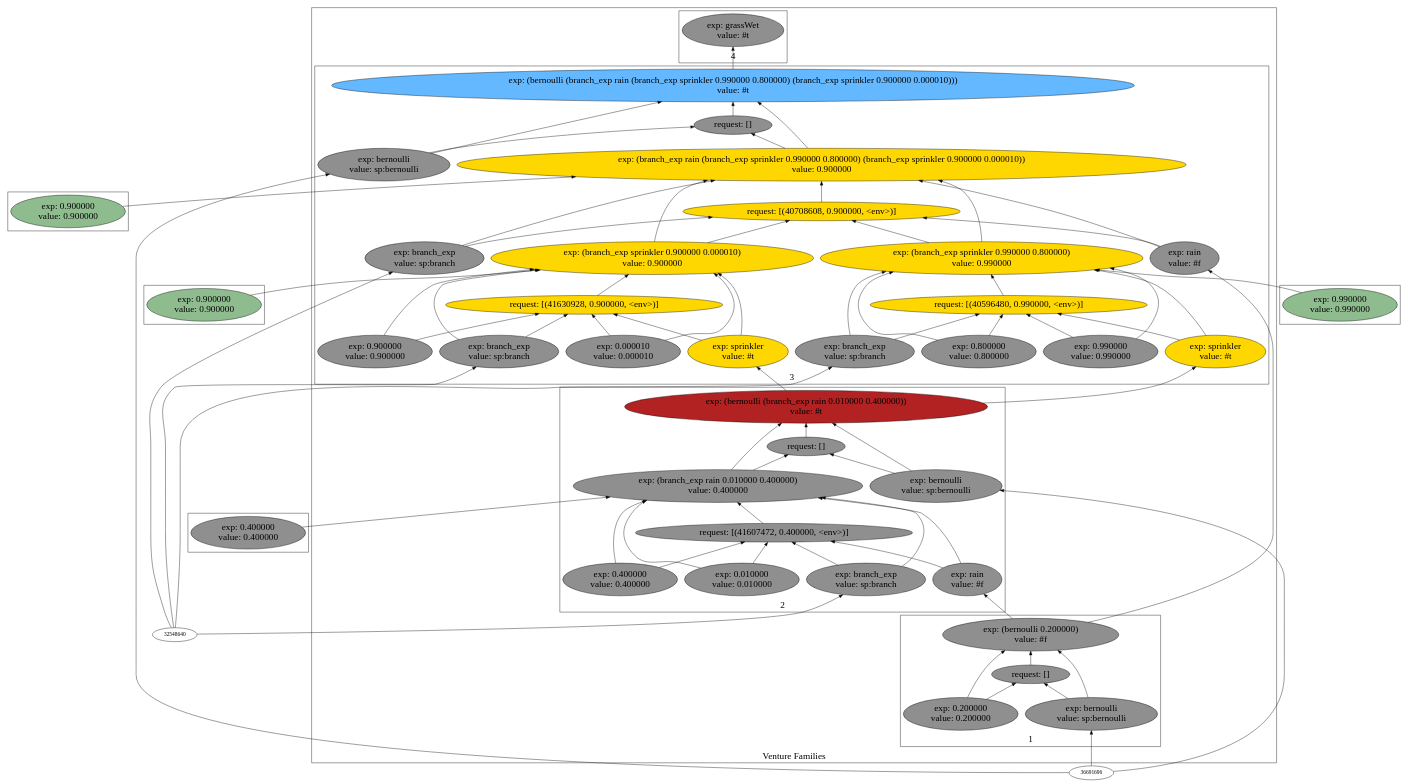
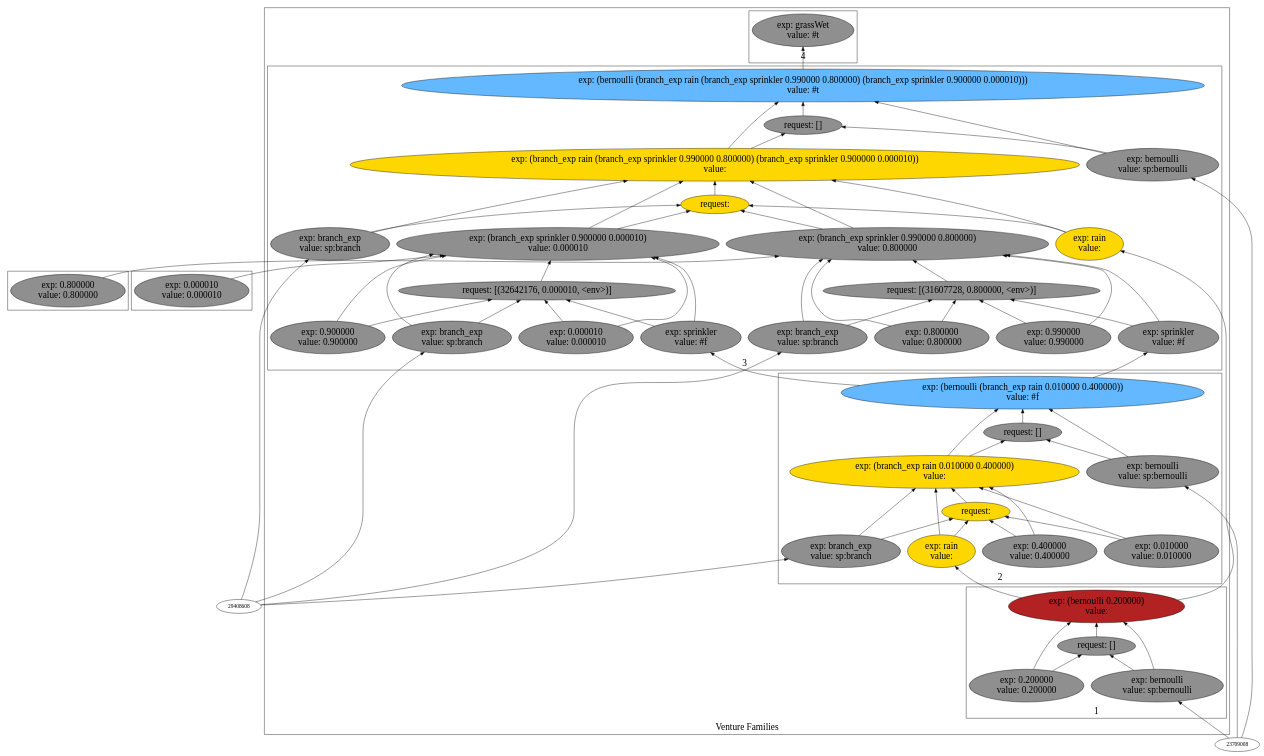
Before and after one commit to probcomp/Venturecxx: the diagram in backend/cxx/graphs/sprinkler/dot2.dot, drawn with Graphviz. The commit also changed 7 other files, not shown here.

```diff
--- a/backend/cxx/graphs/sprinkler/dot2.dot
+++ b/backend/cxx/graphs/sprinkler/dot2.dot
@@ -5,141 +5,129 @@
 label="Venture Families"
 subgraph cluster2 {
 label="1"
-"40713584"["fillcolor"="grey56" "fontsize"="24" "label"="exp: (bernoulli 0.200000)\nvalue: #f" "shape"="ellipse" "style"="filled" ]
-"42705792"["fillcolor"="grey56" "fontsize"="24" "label"="request: []" "shape"="ellipse" "style"="filled" ]
-"41432720"["fillcolor"="grey56" "fontsize"="24" "label"="exp: bernoulli\nvalue: sp:bernoulli" "shape"="ellipse" "style"="filled" ]
-"41569728"["fillcolor"="grey56" "fontsize"="24" "label"="exp: 0.200000\nvalue: 0.200000" "shape"="ellipse" "style"="filled" ]
+"31724832"["fillcolor"="firebrick" "fontsize"="24" "label"="exp: (bernoulli 0.200000)\nvalue: " "shape"="ellipse" "style"="filled" ]
+"33717328"["fillcolor"="grey56" "fontsize"="24" "label"="request: []" "shape"="ellipse" "style"="filled" ]
+"32580976"["fillcolor"="grey56" "fontsize"="24" "label"="exp: bernoulli\nvalue: sp:bernoulli" "shape"="ellipse" "style"="filled" ]
+"32618720"["fillcolor"="grey56" "fontsize"="24" "label"="exp: 0.200000\nvalue: 0.200000" "shape"="ellipse" "style"="filled" ]
 }
 
 subgraph cluster3 {
 label="2"
-"42282848"["fillcolor"="firebrick" "fontsize"="24" "label"="exp: (bernoulli (branch_exp rain 0.010000 0.400000))\nvalue: #t" "shape"="ellipse" "style"="filled" ]
-"41924112"["fillcolor"="grey56" "fontsize"="24" "label"="request: []" "shape"="ellipse" "style"="filled" ]
-"42344368"["fillcolor"="grey56" "fontsize"="24" "label"="exp: bernoulli\nvalue: sp:bernoulli" "shape"="ellipse" "style"="filled" ]
-"40595280"["fillcolor"="grey56" "fontsize"="24" "label"="exp: (branch_exp rain 0.010000 0.400000)\nvalue: 0.400000" "shape"="ellipse" "style"="filled" ]
-"41607472"["fillcolor"="grey56" "fontsize"="24" "label"="request: [(41607472, 0.400000, <env>)]" "shape"="ellipse" "style"="filled" ]
-"40889568"["fillcolor"="grey56" "fontsize"="24" "label"="exp: branch_exp\nvalue: sp:branch" "shape"="ellipse" "style"="filled" ]
-"41057568"["fillcolor"="grey56" "fontsize"="24" "label"="exp: rain\nvalue: #f" "shape"="ellipse" "style"="filled" ]
-"41021744"["fillcolor"="grey56" "fontsize"="24" "label"="exp: 0.010000\nvalue: 0.010000" "shape"="ellipse" "style"="filled" ]
-"40790752"["fillcolor"="grey56" "fontsize"="24" "label"="exp: 0.400000\nvalue: 0.400000" "shape"="ellipse" "style"="filled" ]
+"33294384"["fillcolor"="steelblue1" "fontsize"="24" "label"="exp: (bernoulli (branch_exp rain 0.010000 0.400000))\nvalue: #f" "shape"="ellipse" "style"="filled" ]
+"33069568"["fillcolor"="grey56" "fontsize"="24" "label"="request: []" "shape"="ellipse" "style"="filled" ]
+"33355904"["fillcolor"="grey56" "fontsize"="24" "label"="exp: bernoulli\nvalue: sp:bernoulli" "shape"="ellipse" "style"="filled" ]
+"31606528"["fillcolor"="gold" "fontsize"="24" "label"="exp: (branch_exp rain 0.010000 0.400000)\nvalue: " "shape"="ellipse" "style"="filled" ]
+"33034624"["fillcolor"="gold" "fontsize"="24" "label"="request: " "shape"="ellipse" "style"="filled" ]
+"31900816"["fillcolor"="grey56" "fontsize"="24" "label"="exp: branch_exp\nvalue: sp:branch" "shape"="ellipse" "style"="filled" ]
+"32068816"["fillcolor"="gold" "fontsize"="24" "label"="exp: rain\nvalue: " "shape"="ellipse" "style"="filled" ]
+"32032992"["fillcolor"="grey56" "fontsize"="24" "label"="exp: 0.010000\nvalue: 0.010000" "shape"="ellipse" "style"="filled" ]
+"31801984"["fillcolor"="grey56" "fontsize"="24" "label"="exp: 0.400000\nvalue: 0.400000" "shape"="ellipse" "style"="filled" ]
 }
 
 subgraph cluster4 {
 label="3"
-"40624480"["fillcolor"="steelblue1" "fontsize"="24" "label"="exp: (bernoulli (branch_exp rain (branch_exp sprinkler 0.990000 0.800000) (branch_exp sprinkler 0.900000 0.000010)))\nvalue: #t" "shape"="ellipse" "style"="filled" ]
-"34316752"["fillcolor"="grey56" "fontsize"="24" "label"="request: []" "shape"="ellipse" "style"="filled" ]
-"40825264"["fillcolor"="grey56" "fontsize"="24" "label"="exp: bernoulli\nvalue: sp:bernoulli" "shape"="ellipse" "style"="filled" ]
-"43036928"["fillcolor"="gold" "fontsize"="24" "label"="exp: (branch_exp rain (branch_exp sprinkler 0.990000 0.800000) (branch_exp sprinkler 0.900000 0.000010))\nvalue: 0.900000" "shape"="ellipse" "style"="filled" ]
-"40708608"["fillcolor"="gold" "fontsize"="24" "label"="request: [(40708608, 0.900000, <env>)]" "shape"="ellipse" "style"="filled" ]
-"40872128"["fillcolor"="grey56" "fontsize"="24" "label"="exp: branch_exp\nvalue: sp:branch" "shape"="ellipse" "style"="filled" ]
-"41062672"["fillcolor"="grey56" "fontsize"="24" "label"="exp: rain\nvalue: #f" "shape"="ellipse" "style"="filled" ]
-"41382256"["fillcolor"="gold" "fontsize"="24" "label"="exp: (branch_exp sprinkler 0.990000 0.800000)\nvalue: 0.990000" "shape"="ellipse" "style"="filled" ]
-"40596480"["fillcolor"="gold" "fontsize"="24" "label"="request: [(40596480, 0.990000, <env>)]" "shape"="ellipse" "style"="filled" ]
-"41418432"["fillcolor"="grey56" "fontsize"="24" "label"="exp: branch_exp\nvalue: sp:branch" "shape"="ellipse" "style"="filled" ]
-"41469632"["fillcolor"="gold" "fontsize"="24" "label"="exp: sprinkler\nvalue: #t" "shape"="ellipse" "style"="filled" ]
-"41505808"["fillcolor"="grey56" "fontsize"="24" "label"="exp: 0.990000\nvalue: 0.990000" "shape"="ellipse" "style"="filled" ]
-"41557008"["fillcolor"="grey56" "fontsize"="24" "label"="exp: 0.800000\nvalue: 0.800000" "shape"="ellipse" "style"="filled" ]
-"41668672"["fillcolor"="gold" "fontsize"="24" "label"="exp: (branch_exp sprinkler 0.900000 0.000010)\nvalue: 0.900000" "shape"="ellipse" "style"="filled" ]
-"41630928"["fillcolor"="gold" "fontsize"="24" "label"="request: [(41630928, 0.900000, <env>)]" "shape"="ellipse" "style"="filled" ]
-"41706416"["fillcolor"="grey56" "fontsize"="24" "label"="exp: branch_exp\nvalue: sp:branch" "shape"="ellipse" "style"="filled" ]
-"41744160"["fillcolor"="gold" "fontsize"="24" "label"="exp: sprinkler\nvalue: #t" "shape"="ellipse" "style"="filled" ]
-"41781904"["fillcolor"="grey56" "fontsize"="24" "label"="exp: 0.900000\nvalue: 0.900000" "shape"="ellipse" "style"="filled" ]
-"41819648"["fillcolor"="grey56" "fontsize"="24" "label"="exp: 0.000010\nvalue: 0.000010" "shape"="ellipse" "style"="filled" ]
+"32070704"["fillcolor"="steelblue1" "fontsize"="24" "label"="exp: (bernoulli (branch_exp rain (branch_exp sprinkler 0.990000 0.800000) (branch_exp sprinkler 0.900000 0.000010)))\nvalue: #t" "shape"="ellipse" "style"="filled" ]
+"34107232"["fillcolor"="grey56" "fontsize"="24" "label"="request: []" "shape"="ellipse" "style"="filled" ]
+"31836512"["fillcolor"="grey56" "fontsize"="24" "label"="exp: bernoulli\nvalue: sp:bernoulli" "shape"="ellipse" "style"="filled" ]
+"34048464"["fillcolor"="gold" "fontsize"="24" "label"="exp: (branch_exp rain (branch_exp sprinkler 0.990000 0.800000) (branch_exp sprinkler 0.900000 0.000010))\nvalue: " "shape"="ellipse" "style"="filled" ]
+"31719856"["fillcolor"="gold" "fontsize"="24" "label"="request: " "shape"="ellipse" "style"="filled" ]
+"31883376"["fillcolor"="grey56" "fontsize"="24" "label"="exp: branch_exp\nvalue: sp:branch" "shape"="ellipse" "style"="filled" ]
+"32073920"["fillcolor"="gold" "fontsize"="24" "label"="exp: rain\nvalue: " "shape"="ellipse" "style"="filled" ]
+"32393504"["fillcolor"="grey56" "fontsize"="24" "label"="exp: (branch_exp sprinkler 0.990000 0.800000)\nvalue: 0.800000" "shape"="ellipse" "style"="filled" ]
+"31607728"["fillcolor"="grey56" "fontsize"="24" "label"="request: [(31607728, 0.800000, <env>)]" "shape"="ellipse" "style"="filled" ]
+"32429680"["fillcolor"="grey56" "fontsize"="24" "label"="exp: branch_exp\nvalue: sp:branch" "shape"="ellipse" "style"="filled" ]
+"32480880"["fillcolor"="grey56" "fontsize"="24" "label"="exp: sprinkler\nvalue: #f" "shape"="ellipse" "style"="filled" ]
+"32517056"["fillcolor"="grey56" "fontsize"="24" "label"="exp: 0.990000\nvalue: 0.990000" "shape"="ellipse" "style"="filled" ]
+"32568256"["fillcolor"="grey56" "fontsize"="24" "label"="exp: 0.800000\nvalue: 0.800000" "shape"="ellipse" "style"="filled" ]
+"32679920"["fillcolor"="grey56" "fontsize"="24" "label"="exp: (branch_exp sprinkler 0.900000 0.000010)\nvalue: 0.000010" "shape"="ellipse" "style"="filled" ]
+"32642176"["fillcolor"="grey56" "fontsize"="24" "label"="request: [(32642176, 0.000010, <env>)]" "shape"="ellipse" "style"="filled" ]
+"32717664"["fillcolor"="grey56" "fontsize"="24" "label"="exp: branch_exp\nvalue: sp:branch" "shape"="ellipse" "style"="filled" ]
+"32755408"["fillcolor"="grey56" "fontsize"="24" "label"="exp: sprinkler\nvalue: #f" "shape"="ellipse" "style"="filled" ]
+"32793152"["fillcolor"="grey56" "fontsize"="24" "label"="exp: 0.900000\nvalue: 0.900000" "shape"="ellipse" "style"="filled" ]
+"32830896"["fillcolor"="grey56" "fontsize"="24" "label"="exp: 0.000010\nvalue: 0.000010" "shape"="ellipse" "style"="filled" ]
 }
 
 subgraph cluster5 {
 label="4"
-"43059072"["fillcolor"="grey56" "fontsize"="24" "label"="exp: grassWet\nvalue: #t" "shape"="ellipse" "style"="filled" ]
+"31907680"["fillcolor"="grey56" "fontsize"="24" "label"="exp: grassWet\nvalue: #t" "shape"="ellipse" "style"="filled" ]
 }
 
 }
 
 subgraph cluster6 {
 label=""
-"41593184"["fillcolor"="darkseagreen" "fontsize"="24" "label"="exp: 0.990000\nvalue: 0.990000" "shape"="ellipse" "style"="filled" ]
+"32604432"["fillcolor"="grey56" "fontsize"="24" "label"="exp: 0.800000\nvalue: 0.800000" "shape"="ellipse" "style"="filled" ]
 }
 
 subgraph cluster7 {
 label=""
-"41857392"["fillcolor"="darkseagreen" "fontsize"="24" "label"="exp: 0.900000\nvalue: 0.900000" "shape"="ellipse" "style"="filled" ]
+"32868640"["fillcolor"="grey56" "fontsize"="24" "label"="exp: 0.000010\nvalue: 0.000010" "shape"="ellipse" "style"="filled" ]
 }
 
-subgraph cluster8 {
-label=""
-"41895136"["fillcolor"="darkseagreen" "fontsize"="24" "label"="exp: 0.900000\nvalue: 0.900000" "shape"="ellipse" "style"="filled" ]
-}
-
-subgraph cluster9 {
-label=""
-"42866832"["fillcolor"="grey56" "fontsize"="24" "label"="exp: 0.400000\nvalue: 0.400000" "shape"="ellipse" "style"="filled" ]
-}
-
-"40825264" -> "40624480"["arrowhead"="normal" "color"="black" "style"="solid" ]
-"40825264" -> "34316752"["arrowhead"="normal" "color"="black" "style"="solid" ]
-"36691696" -> "40825264"["arrowhead"="normal" "color"="black" "style"="solid" ]
-"43036928" -> "40624480"["arrowhead"="normal" "color"="black" "style"="solid" ]
-"43036928" -> "34316752"["arrowhead"="normal" "color"="black" "style"="solid" ]
-"40872128" -> "43036928"["arrowhead"="normal" "color"="black" "style"="solid" ]
-"40872128" -> "40708608"["arrowhead"="normal" "color"="black" "style"="solid" ]
-"32548640" -> "40872128"["arrowhead"="normal" "color"="black" "style"="solid" ]
-"41062672" -> "43036928"["arrowhead"="normal" "color"="black" "style"="solid" ]
-"41062672" -> "40708608"["arrowhead"="normal" "color"="black" "style"="solid" ]
-"40713584" -> "41062672"["arrowhead"="normal" "color"="black" "style"="solid" ]
-"41382256" -> "43036928"["arrowhead"="normal" "color"="black" "style"="solid" ]
-"41382256" -> "40708608"["arrowhead"="normal" "color"="black" "style"="solid" ]
-"41418432" -> "41382256"["arrowhead"="normal" "color"="black" "style"="solid" ]
-"41418432" -> "40596480"["arrowhead"="normal" "color"="black" "style"="solid" ]
-"32548640" -> "41418432"["arrowhead"="normal" "color"="black" "style"="solid" ]
-"41469632" -> "41382256"["arrowhead"="normal" "color"="black" "style"="solid" ]
-"41469632" -> "40596480"["arrowhead"="normal" "color"="black" "style"="solid" ]
-"42282848" -> "41469632"["arrowhead"="normal" "color"="black" "style"="solid" ]
-"41505808" -> "41382256"["arrowhead"="normal" "color"="black" "style"="solid" ]
-"41505808" -> "40596480"["arrowhead"="normal" "color"="black" "style"="solid" ]
-"41557008" -> "41382256"["arrowhead"="normal" "color"="black" "style"="solid" ]
-"41557008" -> "40596480"["arrowhead"="normal" "color"="black" "style"="solid" ]
-"40596480" -> "41382256"["arrowhead"="normal" "color"="black" "style"="solid" ]
-"41593184" -> "41382256"["arrowhead"="normal" "color"="black" "style"="solid" ]
-"41668672" -> "43036928"["arrowhead"="normal" "color"="black" "style"="solid" ]
-"41668672" -> "40708608"["arrowhead"="normal" "color"="black" "style"="solid" ]
-"41706416" -> "41668672"["arrowhead"="normal" "color"="black" "style"="solid" ]
-"41706416" -> "41630928"["arrowhead"="normal" "color"="black" "style"="solid" ]
-"32548640" -> "41706416"["arrowhead"="normal" "color"="black" "style"="solid" ]
-"41744160" -> "41668672"["arrowhead"="normal" "color"="black" "style"="solid" ]
-"41744160" -> "41630928"["arrowhead"="normal" "color"="black" "style"="solid" ]
-"42282848" -> "41744160"["arrowhead"="normal" "color"="black" "style"="solid" ]
-"41781904" -> "41668672"["arrowhead"="normal" "color"="black" "style"="solid" ]
-"41781904" -> "41630928"["arrowhead"="normal" "color"="black" "style"="solid" ]
-"41819648" -> "41668672"["arrowhead"="normal" "color"="black" "style"="solid" ]
-"41819648" -> "41630928"["arrowhead"="normal" "color"="black" "style"="solid" ]
-"41630928" -> "41668672"["arrowhead"="normal" "color"="black" "style"="solid" ]
-"41857392" -> "41668672"["arrowhead"="normal" "color"="black" "style"="solid" ]
-"40708608" -> "43036928"["arrowhead"="normal" "color"="black" "style"="solid" ]
-"41895136" -> "43036928"["arrowhead"="normal" "color"="black" "style"="solid" ]
-"34316752" -> "40624480"["arrowhead"="normal" "color"="black" "style"="solid" ]
-"41432720" -> "40713584"["arrowhead"="normal" "color"="black" "style"="solid" ]
-"41432720" -> "42705792"["arrowhead"="normal" "color"="black" "style"="solid" ]
-"36691696" -> "41432720"["arrowhead"="normal" "color"="black" "style"="solid" ]
-"41569728" -> "40713584"["arrowhead"="normal" "color"="black" "style"="solid" ]
-"41569728" -> "42705792"["arrowhead"="normal" "color"="black" "style"="solid" ]
-"42705792" -> "40713584"["arrowhead"="normal" "color"="black" "style"="solid" ]
-"42344368" -> "42282848"["arrowhead"="normal" "color"="black" "style"="solid" ]
-"42344368" -> "41924112"["arrowhead"="normal" "color"="black" "style"="solid" ]
-"36691696" -> "42344368"["arrowhead"="normal" "color"="black" "style"="solid" ]
-"40595280" -> "42282848"["arrowhead"="normal" "color"="black" "style"="solid" ]
-"40595280" -> "41924112"["arrowhead"="normal" "color"="black" "style"="solid" ]
-"40889568" -> "40595280"["arrowhead"="normal" "color"="black" "style"="solid" ]
-"40889568" -> "41607472"["arrowhead"="normal" "color"="black" "style"="solid" ]
-"32548640" -> "40889568"["arrowhead"="normal" "color"="black" "style"="solid" ]
-"41057568" -> "40595280"["arrowhead"="normal" "color"="black" "style"="solid" ]
-"41057568" -> "41607472"["arrowhead"="normal" "color"="black" "style"="solid" ]
-"40713584" -> "41057568"["arrowhead"="normal" "color"="black" "style"="solid" ]
-"41021744" -> "40595280"["arrowhead"="normal" "color"="black" "style"="solid" ]
-"41021744" -> "41607472"["arrowhead"="normal" "color"="black" "style"="solid" ]
-"40790752" -> "40595280"["arrowhead"="normal" "color"="black" "style"="solid" ]
-"40790752" -> "41607472"["arrowhead"="normal" "color"="black" "style"="solid" ]
-"41607472" -> "40595280"["arrowhead"="normal" "color"="black" "style"="solid" ]
-"42866832" -> "40595280"["arrowhead"="normal" "color"="black" "style"="solid" ]
-"41924112" -> "42282848"["arrowhead"="normal" "color"="black" "style"="solid" ]
-"40624480" -> "43059072"["arrowhead"="normal" "color"="black" "style"="solid" ]
+"32580976" -> "31724832"["arrowhead"="normal" "color"="black" "style"="solid" ]
+"32580976" -> "33717328"["arrowhead"="normal" "color"="black" "style"="solid" ]
+"23709008" -> "32580976"["arrowhead"="normal" "color"="black" "style"="solid" ]
+"32618720" -> "31724832"["arrowhead"="normal" "color"="black" "style"="solid" ]
+"32618720" -> "33717328"["arrowhead"="normal" "color"="black" "style"="solid" ]
+"33717328" -> "31724832"["arrowhead"="normal" "color"="black" "style"="solid" ]
+"32070704" -> "31907680"["arrowhead"="normal" "color"="black" "style"="solid" ]
+"31836512" -> "32070704"["arrowhead"="normal" "color"="black" "style"="solid" ]
+"31836512" -> "34107232"["arrowhead"="normal" "color"="black" "style"="solid" ]
+"23709008" -> "31836512"["arrowhead"="normal" "color"="black" "style"="solid" ]
+"34048464" -> "32070704"["arrowhead"="normal" "color"="black" "style"="solid" ]
+"34048464" -> "34107232"["arrowhead"="normal" "color"="black" "style"="solid" ]
+"31883376" -> "34048464"["arrowhead"="normal" "color"="black" "style"="solid" ]
+"31883376" -> "31719856"["arrowhead"="normal" "color"="black" "style"="solid" ]
+"29408608" -> "31883376"["arrowhead"="normal" "color"="black" "style"="solid" ]
+"32073920" -> "34048464"["arrowhead"="normal" "color"="black" "style"="solid" ]
+"32073920" -> "31719856"["arrowhead"="normal" "color"="black" "style"="solid" ]
+"31724832" -> "32073920"["arrowhead"="normal" "color"="black" "style"="solid" ]
+"32393504" -> "34048464"["arrowhead"="normal" "color"="black" "style"="solid" ]
+"32393504" -> "31719856"["arrowhead"="normal" "color"="black" "style"="solid" ]
+"32429680" -> "32393504"["arrowhead"="normal" "color"="black" "style"="solid" ]
+"32429680" -> "31607728"["arrowhead"="normal" "color"="black" "style"="solid" ]
+"29408608" -> "32429680"["arrowhead"="normal" "color"="black" "style"="solid" ]
+"32480880" -> "32393504"["arrowhead"="normal" "color"="black" "style"="solid" ]
+"32480880" -> "31607728"["arrowhead"="normal" "color"="black" "style"="solid" ]
+"33294384" -> "32480880"["arrowhead"="normal" "color"="black" "style"="solid" ]
+"32517056" -> "32393504"["arrowhead"="normal" "color"="black" "style"="solid" ]
+"32517056" -> "31607728"["arrowhead"="normal" "color"="black" "style"="solid" ]
+"32568256" -> "32393504"["arrowhead"="normal" "color"="black" "style"="solid" ]
+"32568256" -> "31607728"["arrowhead"="normal" "color"="black" "style"="solid" ]
+"31607728" -> "32393504"["arrowhead"="normal" "color"="black" "style"="solid" ]
+"32604432" -> "32393504"["arrowhead"="normal" "color"="black" "style"="solid" ]
+"32679920" -> "34048464"["arrowhead"="normal" "color"="black" "style"="solid" ]
+"32679920" -> "31719856"["arrowhead"="normal" "color"="black" "style"="solid" ]
+"32717664" -> "32679920"["arrowhead"="normal" "color"="black" "style"="solid" ]
+"32717664" -> "32642176"["arrowhead"="normal" "color"="black" "style"="solid" ]
+"29408608" -> "32717664"["arrowhead"="normal" "color"="black" "style"="solid" ]
+"32755408" -> "32679920"["arrowhead"="normal" "color"="black" "style"="solid" ]
+"32755408" -> "32642176"["arrowhead"="normal" "color"="black" "style"="solid" ]
+"33294384" -> "32755408"["arrowhead"="normal" "color"="black" "style"="solid" ]
+"32793152" -> "32679920"["arrowhead"="normal" "color"="black" "style"="solid" ]
+"32793152" -> "32642176"["arrowhead"="normal" "color"="black" "style"="solid" ]
+"32830896" -> "32679920"["arrowhead"="normal" "color"="black" "style"="solid" ]
+"32830896" -> "32642176"["arrowhead"="normal" "color"="black" "style"="solid" ]
+"32642176" -> "32679920"["arrowhead"="normal" "color"="black" "style"="solid" ]
+"32868640" -> "32679920"["arrowhead"="normal" "color"="black" "style"="solid" ]
+"31719856" -> "34048464"["arrowhead"="normal" "color"="black" "style"="solid" ]
+"34107232" -> "32070704"["arrowhead"="normal" "color"="black" "style"="solid" ]
+"33355904" -> "33294384"["arrowhead"="normal" "color"="black" "style"="solid" ]
+"33355904" -> "33069568"["arrowhead"="normal" "color"="black" "style"="solid" ]
+"23709008" -> "33355904"["arrowhead"="normal" "color"="black" "style"="solid" ]
+"31606528" -> "33294384"["arrowhead"="normal" "color"="black" "style"="solid" ]
+"31606528" -> "33069568"["arrowhead"="normal" "color"="black" "style"="solid" ]
+"31900816" -> "31606528"["arrowhead"="normal" "color"="black" "style"="solid" ]
+"31900816" -> "33034624"["arrowhead"="normal" "color"="black" "style"="solid" ]
+"29408608" -> "31900816"["arrowhead"="normal" "color"="black" "style"="solid" ]
+"32068816" -> "31606528"["arrowhead"="normal" "color"="black" "style"="solid" ]
+"32068816" -> "33034624"["arrowhead"="normal" "color"="black" "style"="solid" ]
+"31724832" -> "32068816"["arrowhead"="normal" "color"="black" "style"="solid" ]
+"32032992" -> "31606528"["arrowhead"="normal" "color"="black" "style"="solid" ]
+"32032992" -> "33034624"["arrowhead"="normal" "color"="black" "style"="solid" ]
+"31801984" -> "31606528"["arrowhead"="normal" "color"="black" "style"="solid" ]
+"31801984" -> "33034624"["arrowhead"="normal" "color"="black" "style"="solid" ]
+"33034624" -> "31606528"["arrowhead"="normal" "color"="black" "style"="solid" ]
+"33069568" -> "33294384"["arrowhead"="normal" "color"="black" "style"="solid" ]
 
 }
```
